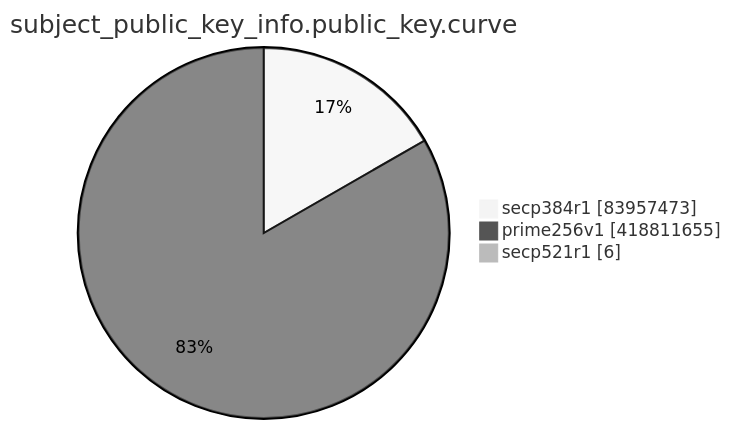
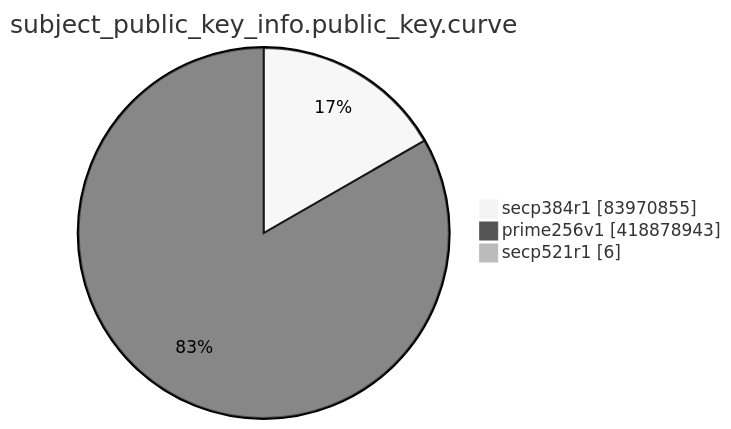
The eighth of 15 diagrams in TOTAL/README.md (christiankrug/ctmonitor_visualization), drawn with Mermaid (neutral theme) before and after one commit. The commit also changed other lines of this file, not shown here.

````diff
--- a/TOTAL/README.md
+++ b/TOTAL/README.md
@@ -3099,7 +3099,7 @@
 ```mermaid
 pie showData
 title subject_public_key_info.public_key.curve
-"secp384r1" :83957473
-"prime256v1" :418811655
+"secp384r1" :83970855
+"prime256v1" :418878943
 "secp521r1" :6
 ```
````
